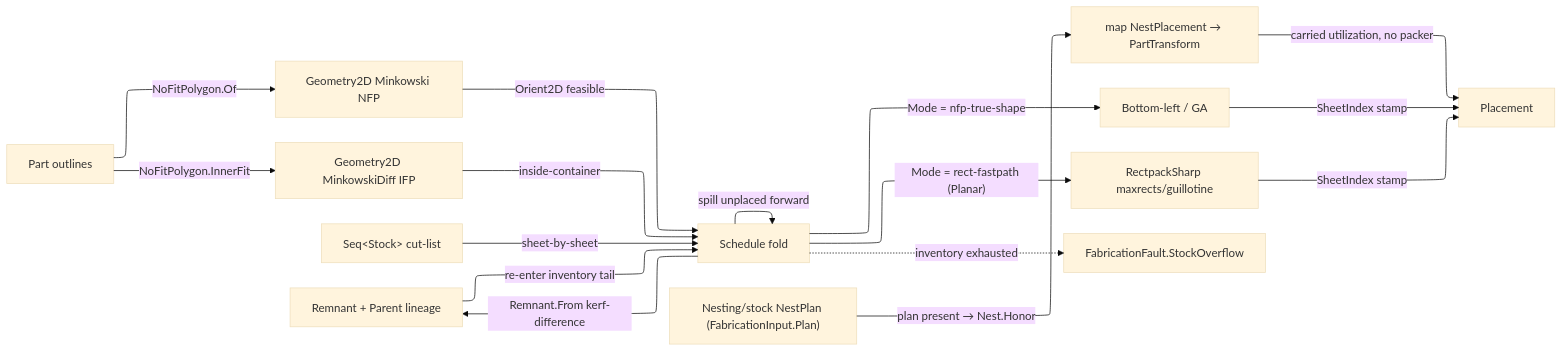
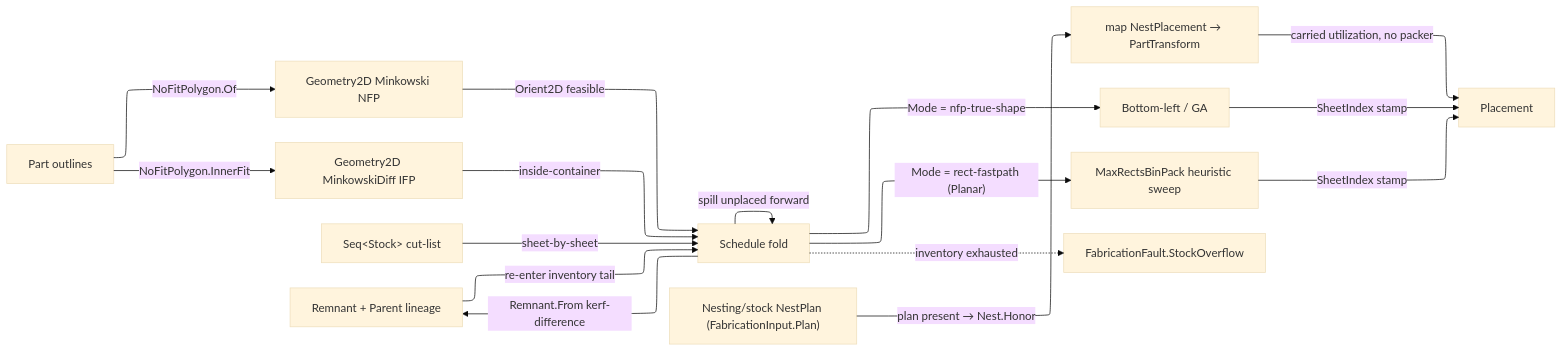
The diagram in libs/csharp/Rasm.Fabrication/.planning/Nesting/nfp.md (bsamiee/Rasm), drawn with Mermaid before and after one commit. The commit also changed other lines of this file and 315 other files, not shown here.

````diff
--- a/libs/csharp/Rasm.Fabrication/.planning/Nesting/nfp.md
+++ b/libs/csharp/Rasm.Fabrication/.planning/Nesting/nfp.md
@@ -358,23 +359,23 @@
 ```mermaid
 ---
 config:
   layout: elk
   theme: base
 ---
 flowchart LR
     Profiles["Part outlines"] -->|NoFitPolygon.Of| NFP["Geometry2D Minkowski NFP"]
     Profiles -->|NoFitPolygon.InnerFit| IFP["Geometry2D MinkowskiDiff IFP"]
     Inventory["Seq&lt;Stock&gt; cut-list"] -->|sheet-by-sheet| Schedule["Schedule fold"]
     Plan["Nesting/stock NestPlan (FabricationInput.Plan)"] -->|"plan present → Nest.Honor"| Honor["map NestPlacement → PartTransform"]
     Honor -->|carried utilization, no packer| Placement
     NFP -->|Orient2D feasible| Schedule
     IFP -->|inside-container| Schedule
     Schedule -->|"Mode = nfp-true-shape"| BottomLeft["Bottom-left / GA"]
-    Schedule -->|"Mode = rect-fastpath (Planar)"| Rect["RectpackSharp maxrects/guillotine"]
+    Schedule -->|"Mode = rect-fastpath (Planar)"| Rect["MaxRectsBinPack heuristic sweep"]
     BottomLeft -->|SheetIndex stamp| Placement["Placement"]
     Rect -->|SheetIndex stamp| Placement
     Schedule -->|spill unplaced forward| Schedule
     Schedule -->|"Remnant.From kerf-difference"| Remnant["Remnant + Parent lineage"]
     Remnant -->|re-enter inventory tail| Schedule
     Schedule -.->|inventory exhausted| Overflow["FabricationFault.StockOverflow"]
 ```
````
